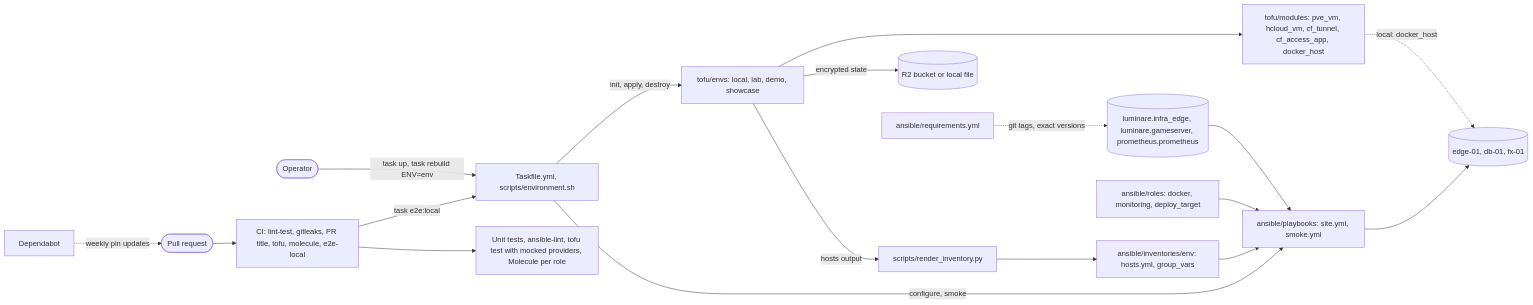
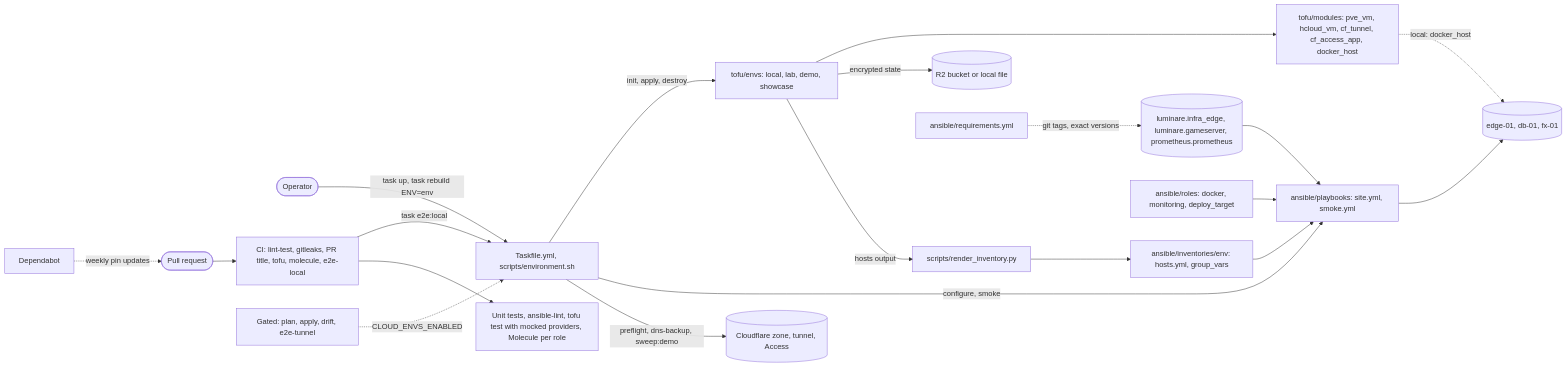
Before and after one commit to luminare-dev/infra-edge-lab: the diagram in README.md, drawn with Mermaid. The commit also changed other lines of this file and 39 other files, not shown here.

````diff
--- a/README.md
+++ b/README.md
@@ -92,20 +116,22 @@
 ```mermaid
 flowchart LR
     operator(["Operator"]) -->|"task up, task rebuild ENV=env"| tasks["Taskfile.yml, scripts/environment.sh"]
     pr(["Pull request"]) --> ci["CI: lint-test, gitleaks, PR title, tofu, molecule, e2e-local"]
     ci -->|"task e2e:local"| tasks
     deps["Dependabot"] -.->|"weekly pin updates"| pr
     tasks -->|"init, apply, destroy"| envs["tofu/envs: local, lab, demo, showcase"]
     envs --> modules["tofu/modules: pve_vm, hcloud_vm, cf_tunnel, cf_access_app, docker_host"]
     envs -->|"encrypted state"| state[("R2 bucket or local file")]
     envs -->|"hosts output"| render["scripts/render_inventory.py"]
     render --> inventory["ansible/inventories/env: hosts.yml, group_vars"]
     tasks -->|"configure, smoke"| site["ansible/playbooks: site.yml, smoke.yml"]
     inventory --> site
     requirements["ansible/requirements.yml"] -.->|"git tags, exact versions"| collections[("luminare.infra_edge, luminare.gameserver, prometheus.prometheus")]
     collections --> site
     roles["ansible/roles: docker, monitoring, deploy_target"] --> site
     site --> hosts[("edge-01, db-01, fx-01")]
     modules -.->|"local: docker_host"| hosts
     ci --> checks["Unit tests, ansible-lint, tofu test with mocked providers, Molecule per role"]
+    gated["Gated: plan, apply, drift, e2e-tunnel"] -.->|"CLOUD_ENVS_ENABLED"| tasks
+    tasks -->|"preflight, dns-backup, sweep:demo"| zone[("Cloudflare zone, tunnel, Access")]
 ```
````
